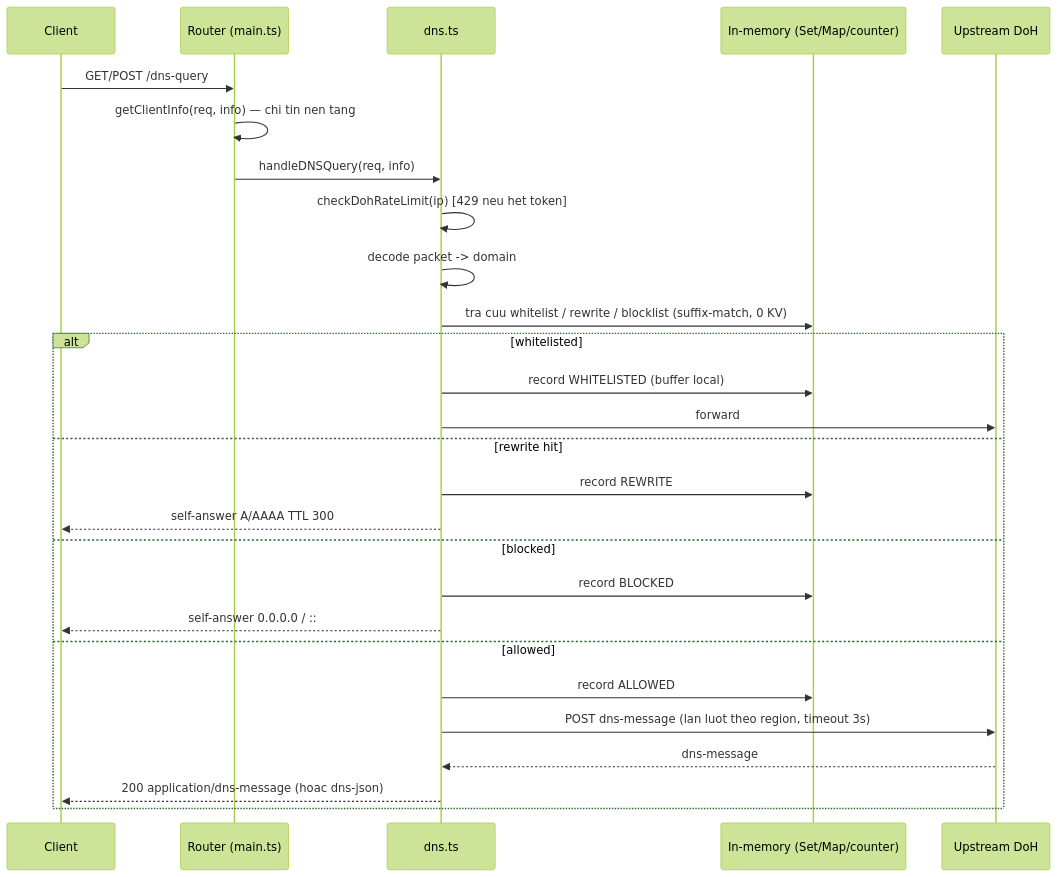
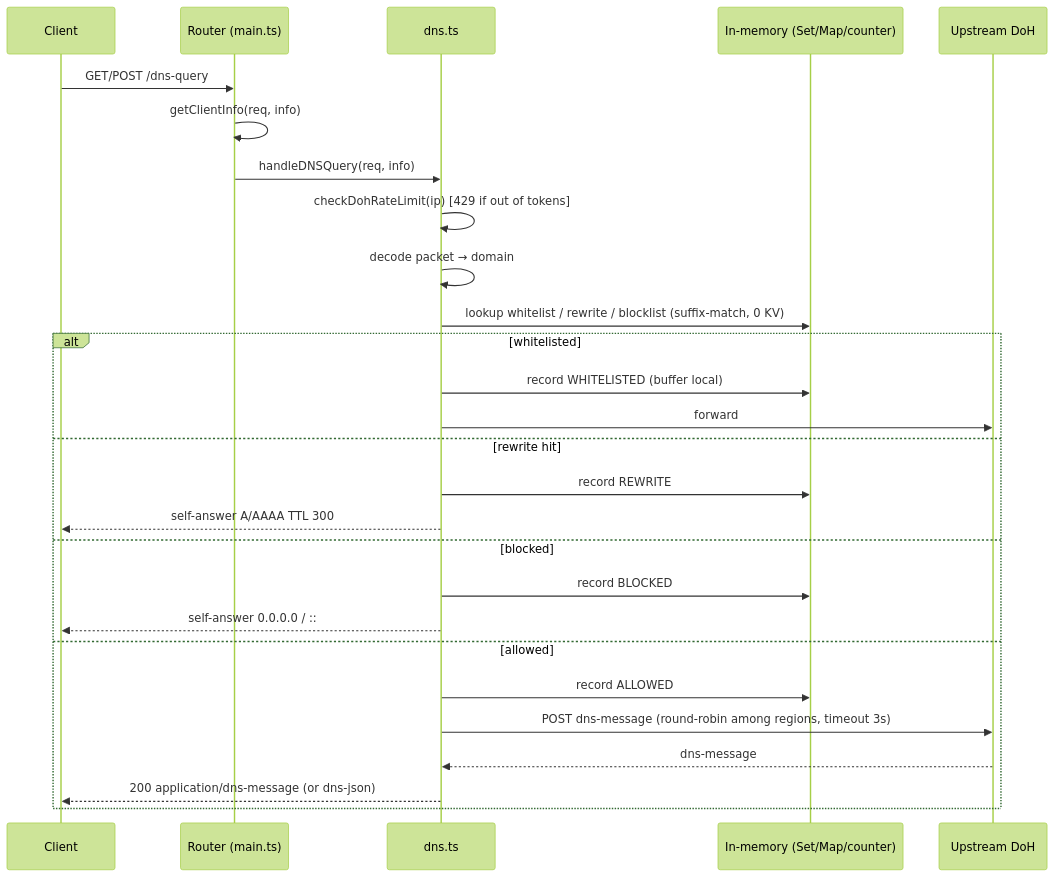
Before and after one commit to annguyen0/deno-dns: the fourth of 5 diagrams in docs/ARCHITECTURE.md, drawn with Mermaid (forest theme). The commit also changed other lines of this file and 5 other files, not shown here.

````diff
--- a/docs/ARCHITECTURE.md
+++ b/docs/ARCHITECTURE.md
@@ -115,29 +104,29 @@
 ```mermaid
 sequenceDiagram
     participant C as Client
     participant R as Router (main.ts)
     participant D as dns.ts
     participant M as In-memory (Set/Map/counter)
     participant U as Upstream DoH
     C->>R: GET/POST /dns-query
-    R->>R: getClientInfo(req, info) — chi tin nen tang
+    R->>R: getClientInfo(req, info)
     R->>D: handleDNSQuery(req, info)
-    D->>D: checkDohRateLimit(ip) [429 neu het token]
-    D->>D: decode packet -> domain
-    D->>M: tra cuu whitelist / rewrite / blocklist (suffix-match, 0 KV)
+    D->>D: checkDohRateLimit(ip) [429 if out of tokens]
+    D->>D: decode packet → domain
+    D->>M: lookup whitelist / rewrite / blocklist (suffix-match, 0 KV)
     alt whitelisted
         D->>M: record WHITELISTED (buffer local)
         D->>U: forward
     else rewrite hit
         D->>M: record REWRITE
         D-->>C: self-answer A/AAAA TTL 300
     else blocked
         D->>M: record BLOCKED
         D-->>C: self-answer 0.0.0.0 / ::
     else allowed
         D->>M: record ALLOWED
-        D->>U: POST dns-message (lan luot theo region, timeout 3s)
+        D->>U: POST dns-message (round-robin among regions, timeout 3s)
         U-->>D: dns-message
-        D-->>C: 200 application/dns-message (hoac dns-json)
+        D-->>C: 200 application/dns-message (or dns-json)
     end
 ```
````
